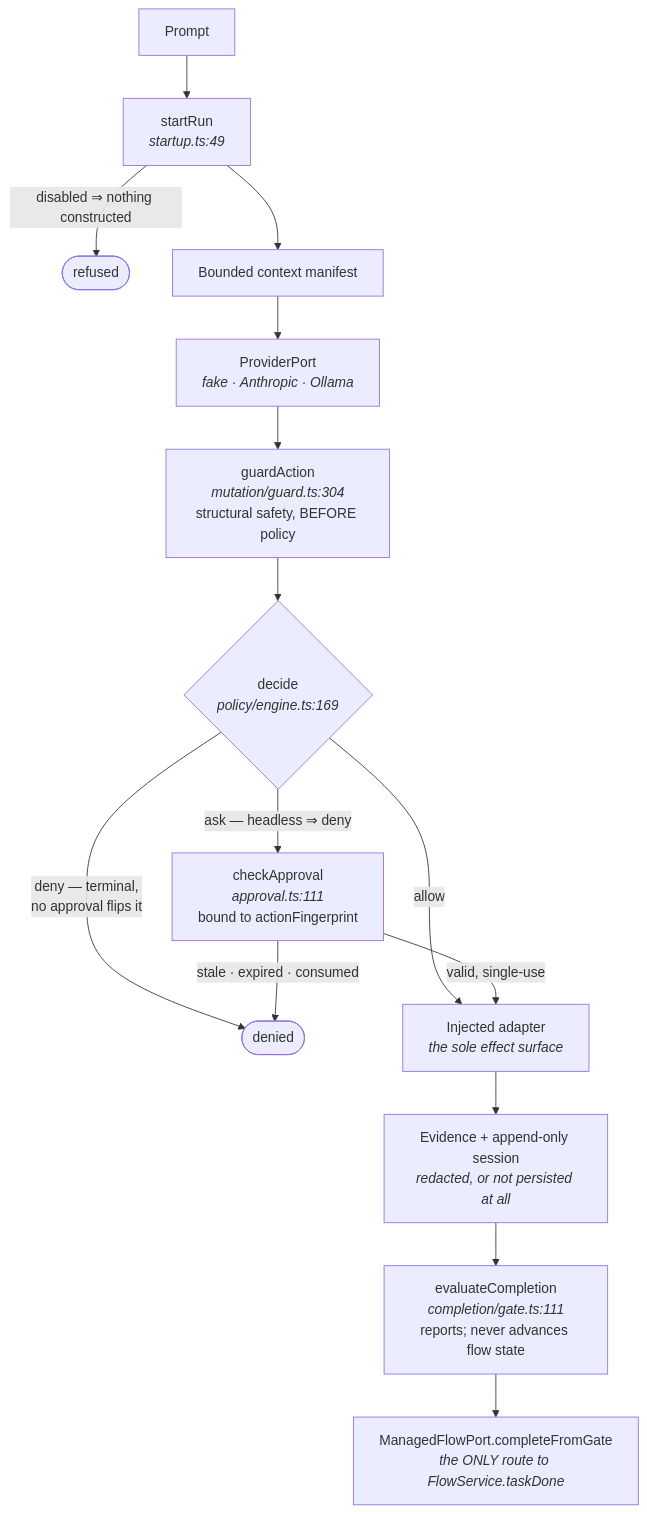
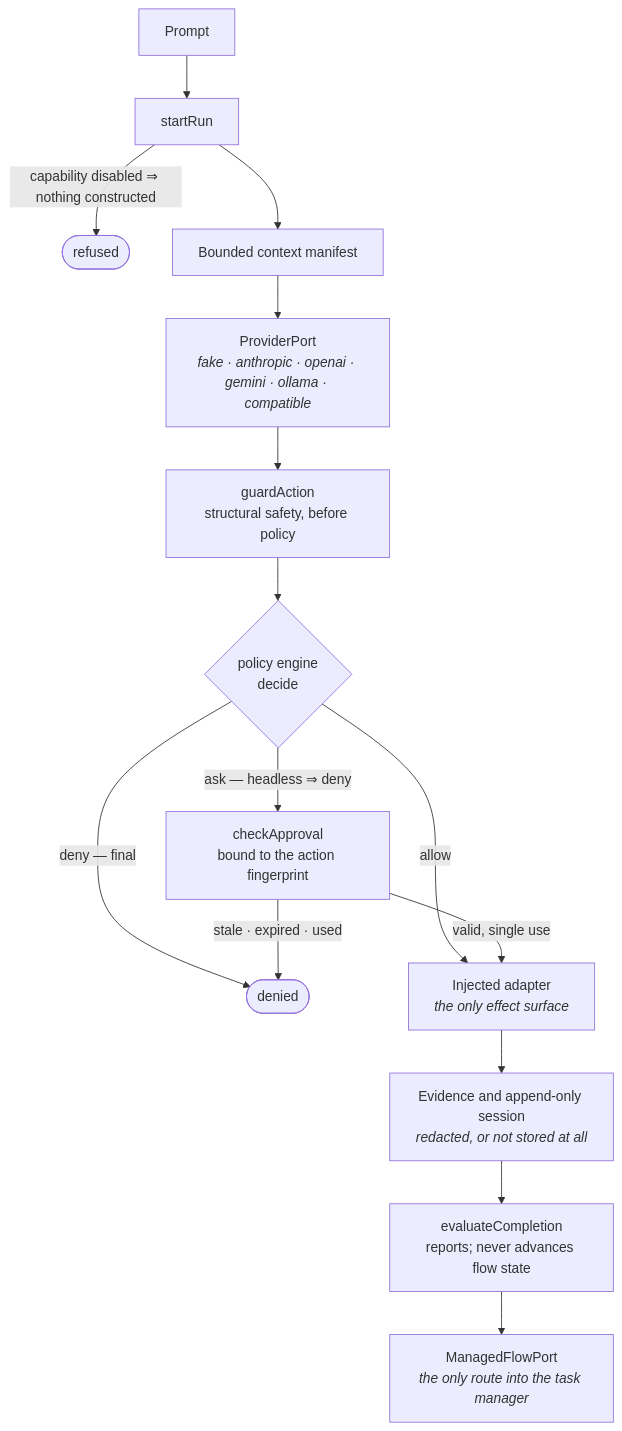
The third of 6 diagrams in docs/docs/architecture.md (MrCipherSmith/keryx), drawn with Mermaid before and after one commit. The commit also changed other lines of this file and 14 other files, not shown here.

First line of the commit message:
docs: install, quickstart tutorial, concepts, troubleshooting, security model; architecture, harness, limitations rewritten; onboarding and complete-setup split into new pages

````diff
--- a/docs/docs/architecture.md
+++ b/docs/docs/architecture.md
@@ -259,17 +245,17 @@
 ```mermaid
 flowchart TB
-  P["Prompt"] --> ST["startRun<br/><i>startup.ts:49</i>"]
-  ST -->|"disabled ⇒ nothing constructed"| X1(["refused"])
+  P["Prompt"] --> ST["startRun"]
+  ST -->|"capability disabled ⇒ nothing constructed"| X1(["refused"])
   ST --> CTX["Bounded context manifest"]
-  CTX --> PR["ProviderPort<br/><i>fake · Anthropic · Ollama</i>"]
-  PR --> GA["guardAction<br/><i>mutation/guard.ts:304</i><br/>structural safety, BEFORE policy"]
-  GA --> D{"decide<br/><i>policy/engine.ts:169</i>"}
-  D -->|"deny — terminal,<br/>no approval flips it"| X2(["denied"])
-  D -->|"ask — headless ⇒ deny"| AP["checkApproval<br/><i>approval.ts:111</i><br/>bound to actionFingerprint"]
+  CTX --> PR["ProviderPort<br/><i>fake · anthropic · openai · gemini · ollama · compatible</i>"]
+  PR --> GA["guardAction<br/>structural safety, before policy"]
+  GA --> D{"policy engine<br/>decide"}
+  D -->|"deny — final"| X2(["denied"])
+  D -->|"ask — headless ⇒ deny"| AP["checkApproval<br/>bound to the action fingerprint"]
   D -->|"allow"| EX
-  AP -->|"valid, single-use"| EX["Injected adapter<br/><i>the sole effect surface</i>"]
-  AP -->|"stale · expired · consumed"| X2
-  EX --> EV["Evidence + append-only session<br/><i>redacted, or not persisted at all</i>"]
-  EV --> CG["evaluateCompletion<br/><i>completion/gate.ts:111</i><br/>reports; never advances flow state"]
-  CG --> MFP["ManagedFlowPort.completeFromGate<br/><i>the ONLY route to FlowService.taskDone</i>"]
+  AP -->|"valid, single use"| EX["Injected adapter<br/><i>the only effect surface</i>"]
+  AP -->|"stale · expired · used"| X2
+  EX --> EV["Evidence and append-only session<br/><i>redacted, or not stored at all</i>"]
+  EV --> CG["evaluateCompletion<br/>reports; never advances flow state"]
+  CG --> MFP["ManagedFlowPort<br/><i>the only route into the task manager</i>"]
 ```
````
